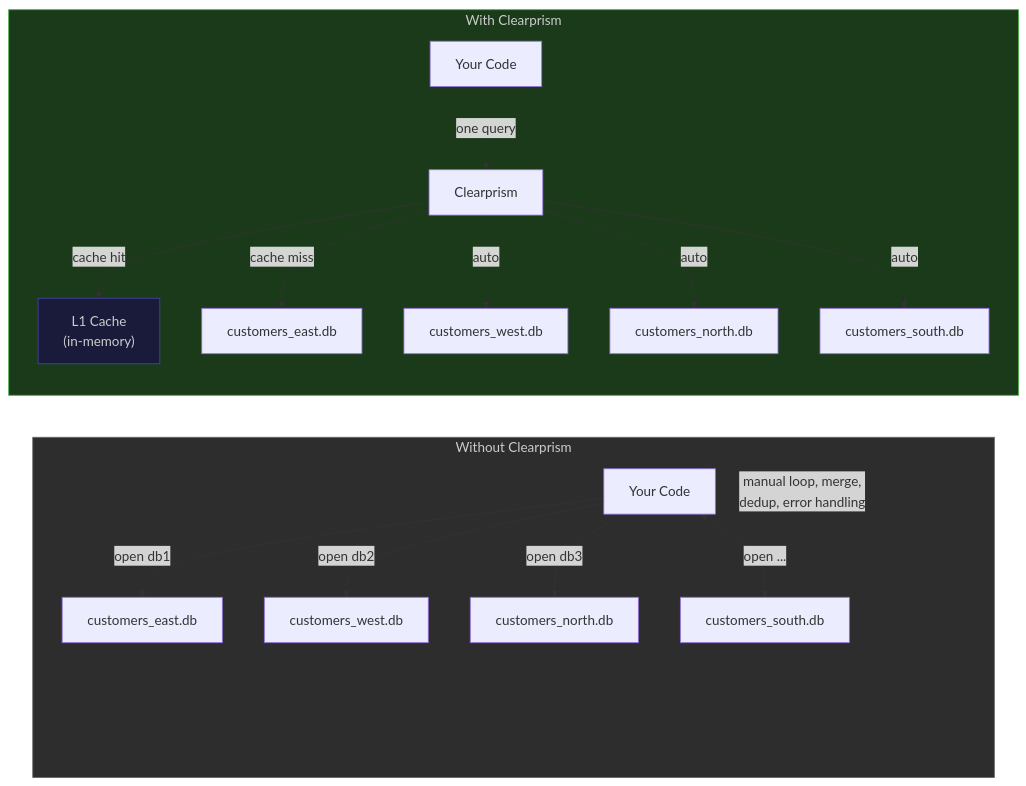
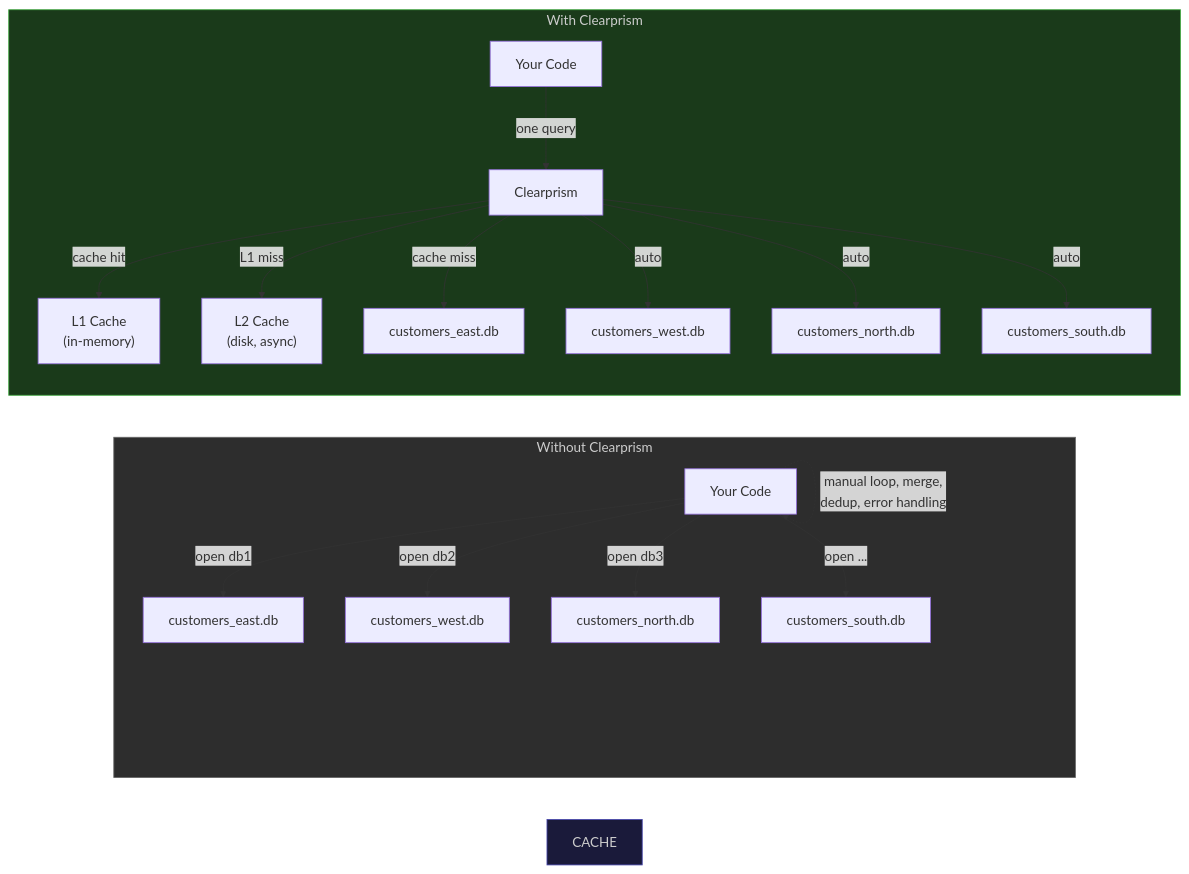
The first of 2 diagrams in README.md (alexandernicholson/clearprism), drawn with Mermaid before and after one commit. The commit also changed other lines of this file and 10 other files, not shown here.

````diff
--- a/README.md
+++ b/README.md
@@ -5,25 +5,26 @@
 ```mermaid
 graph LR
     subgraph WITHOUT["Without Clearprism"]
         direction TB
         A1["Your Code"] -->|"open db1"| D1["customers_east.db"]
         A1 -->|"open db2"| D2["customers_west.db"]
         A1 -->|"open db3"| D3["customers_north.db"]
         A1 -->|"open ..."| D4["customers_south.db"]
         A1 -.->|"manual loop, merge,<br>dedup, error handling"| A1
     end
 
     subgraph WITH["With Clearprism"]
         direction TB
         A2["Your Code"] -->|"one query"| CP["Clearprism"]
-        CP -->|"cache hit"| CACHE["L1 Cache<br>(in-memory)"]
+        CP -->|"cache hit"| L1["L1 Cache<br>(in-memory)"]
+        CP -->|"L1 miss"| L2["L2 Cache<br>(disk, async)"]
         CP -->|"cache miss"| S1["customers_east.db"]
         CP -->|"auto"| S2["customers_west.db"]
         CP -->|"auto"| S3["customers_north.db"]
         CP -->|"auto"| S4["customers_south.db"]
     end
 
     style WITHOUT fill:#2d2d2d,stroke:#666,color:#ccc
     style WITH fill:#1a3a1a,stroke:#4a4,color:#ccc
     style CACHE fill:#1a1a3a,stroke:#44a,color:#ccc
 ```
````
